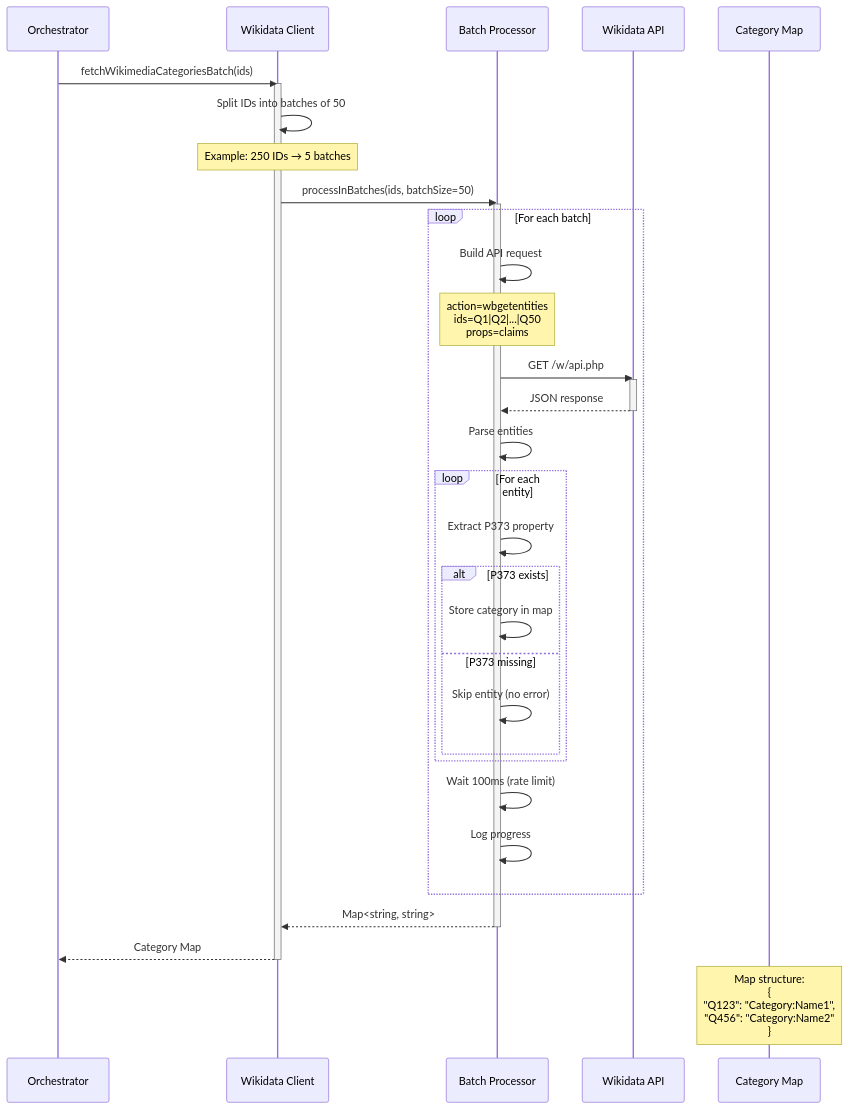
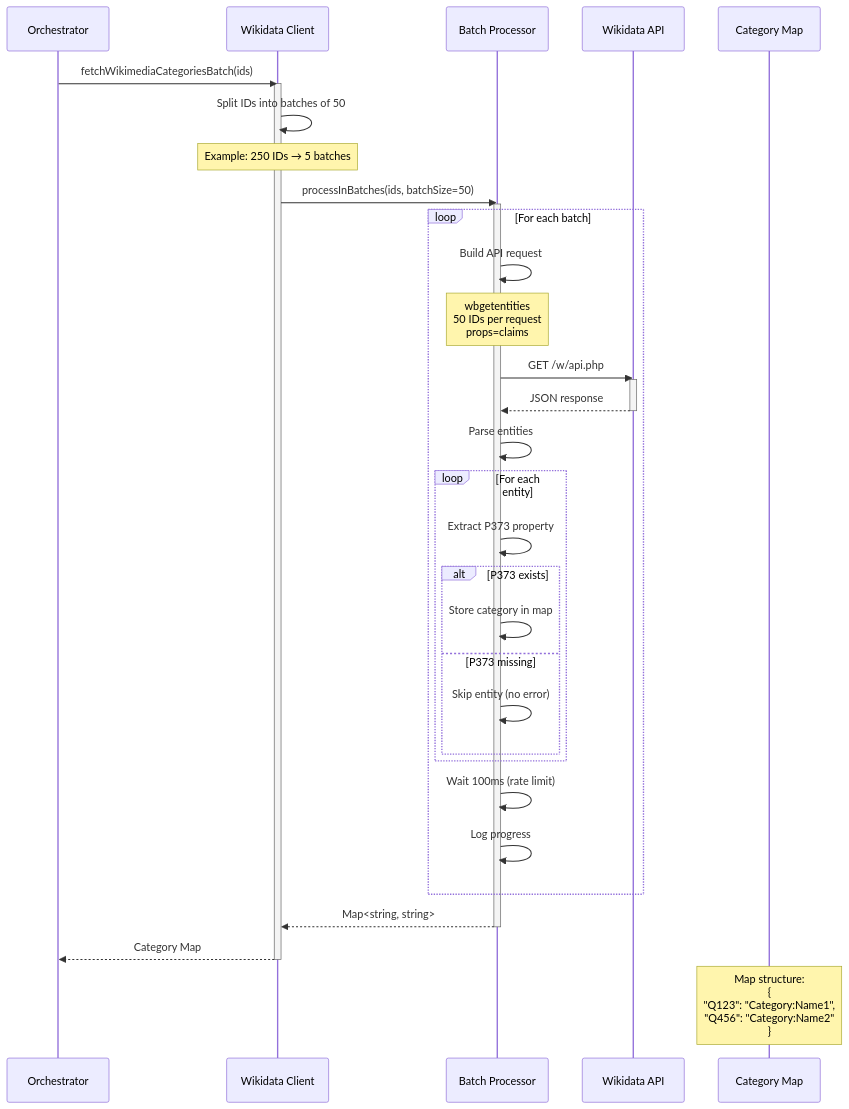
One commit to DaxServer/geocode-commons-categories changed the fourth of 12 diagrams in docs/import/data-flow.md. Above: the diagram before and after it, drawn with Mermaid. The commit also changed other lines of this file and 4 other files, not shown here.

````diff
--- a/docs/import/data-flow.md
+++ b/docs/import/data-flow.md
@@ -208,48 +206,48 @@
 ```mermaid
 sequenceDiagram
     participant Orch as Orchestrator
     participant WD as Wikidata Client
     participant Batch as Batch Processor
     participant API as Wikidata API
     participant Result as Category Map
 
     Orch->>WD: fetchWikimediaCategoriesBatch(ids)
     activate WD
 
     WD->>WD: Split IDs into batches of 50
     Note over WD: Example: 250 IDs → 5 batches
 
     WD->>Batch: processInBatches(ids, batchSize=50)
     activate Batch
 
     loop For each batch
         Batch->>Batch: Build API request
-        Note over Batch: action=wbgetentities<br/>ids=Q1|Q2|...|Q50<br/>props=claims
+        Note over Batch: wbgetentities<br/>50 IDs per request<br/>props=claims
 
         Batch->>API: GET /w/api.php
         activate API
         API-->>Batch: JSON response
         deactivate API
 
         Batch->>Batch: Parse entities
         loop For each entity
             Batch->>Batch: Extract P373 property
             alt P373 exists
                 Batch->>Batch: Store category in map
             else P373 missing
                 Batch->>Batch: Skip entity (no error)
             end
         end
 
         Batch->>Batch: Wait 100ms (rate limit)
         Batch->>Batch: Log progress
     end
 
     Batch-->>WD: Map<string, string>
     deactivate Batch
 
     WD-->>Orch: Category Map
     deactivate WD
 
     Note over Result: Map structure:<br/>{<br/>  "Q123": "Category:Name1",<br/>  "Q456": "Category:Name2"<br/>}
 ```
````
